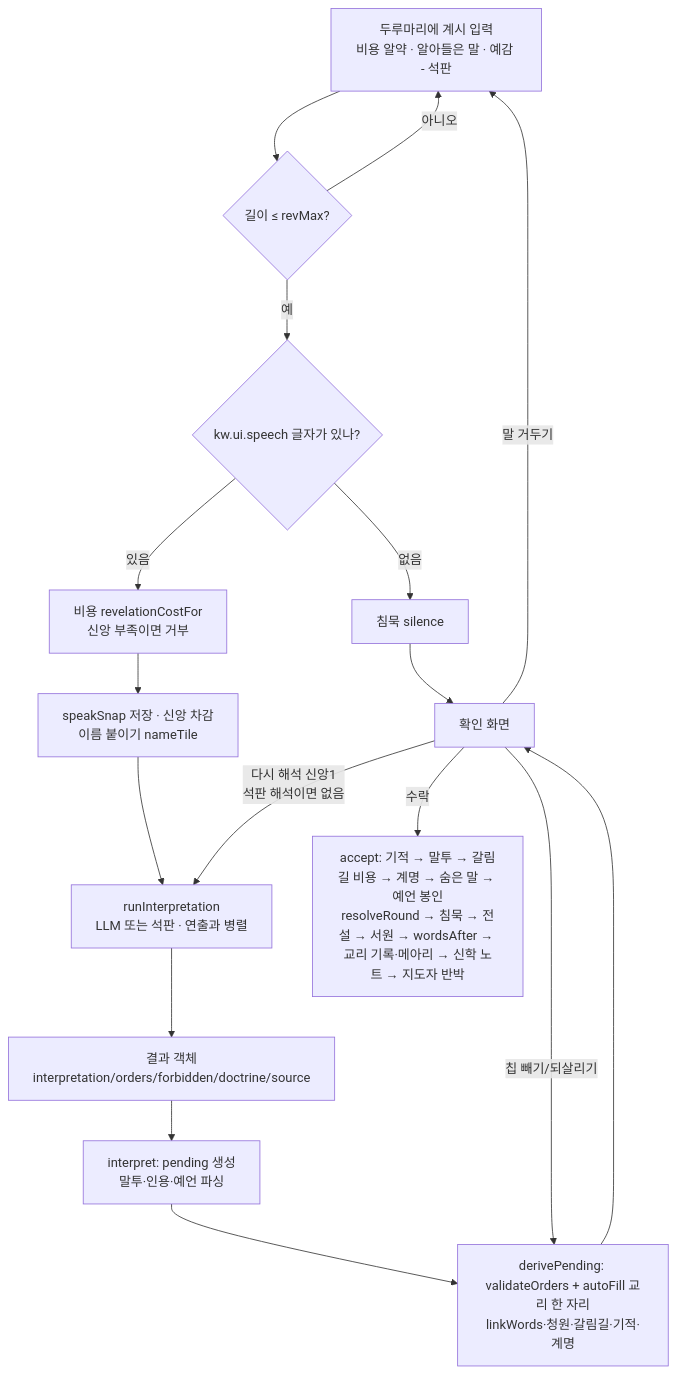
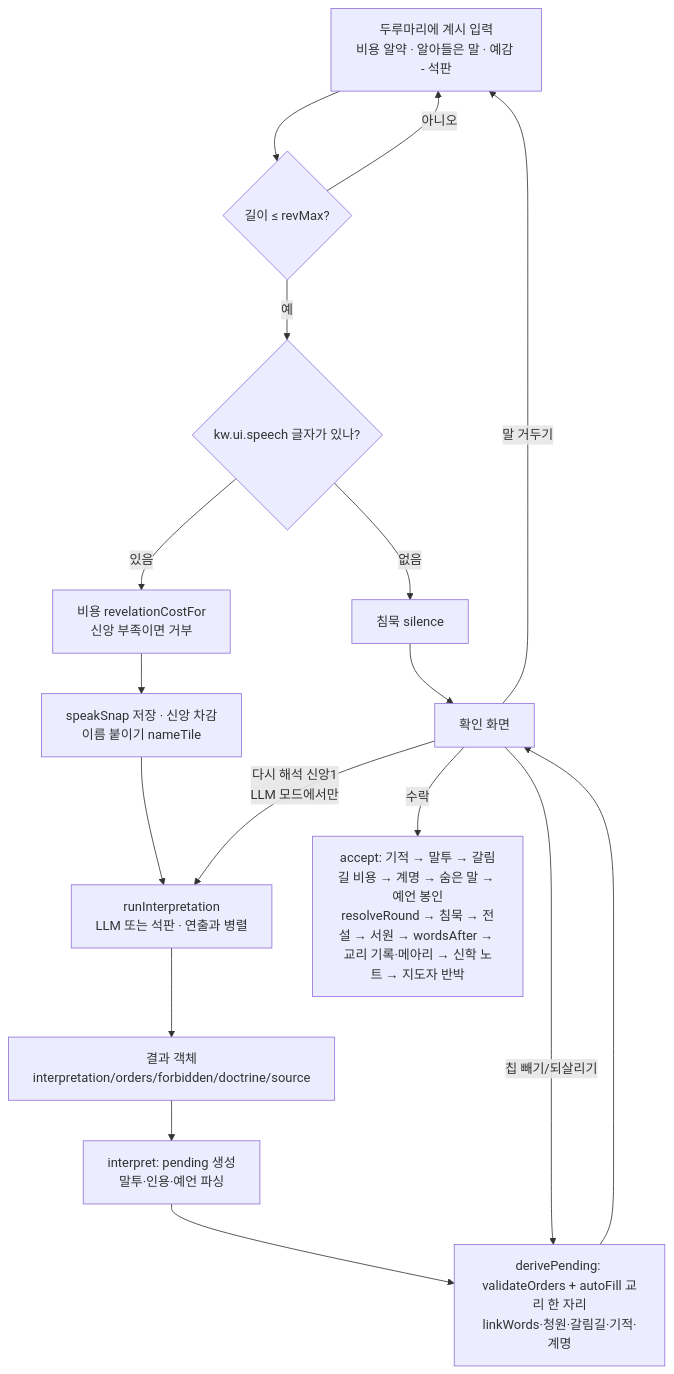
The diagram in docs/spec/05-interpreter.md (wisebear-KOR/GSG_Project), drawn with Mermaid before and after one commit. The commit also changed other lines of this file and 11 other files, not shown here.

````diff
--- a/docs/spec/05-interpreter.md
+++ b/docs/spec/05-interpreter.md
@@ -28,19 +28,19 @@
 ```mermaid
 flowchart TD
   A[두루마리에 계시 입력<br/>비용 알약 · 알아들은 말 · 예감 - 석판] --> B{길이 ≤ revMax?}
   B -- 아니오 --> A
   B -- 예 --> C{kw.ui.speech 글자가 있나?}
   C -- 없음 --> S[침묵 silence]
   C -- 있음 --> D[비용 revelationCostFor<br/>신앙 부족이면 거부]
   D --> E[speakSnap 저장 · 신앙 차감<br/>이름 붙이기 nameTile]
   E --> F[runInterpretation<br/>LLM 또는 석판 · 연출과 병렬]
   F --> G[결과 객체<br/>interpretation/orders/forbidden/doctrine/source]
   G --> H[interpret: pending 생성<br/>말투·인용·예언 파싱]
   H --> I[derivePending: validateOrders + autoFill 교리 한 자리<br/>linkWords·청원·갈림길·기적·계명]
   I --> J[확인 화면]
   J -- 칩 빼기/되살리기 --> I
-  J -- 다시 해석 신앙1<br/>석판 해석이면 없음 --> F
+  J -- 다시 해석 신앙1<br/>LLM 모드에서만 --> F
   J -- 말 거두기 --> A
   J -- 수락 --> K[accept: 기적 → 말투 → 갈림길 비용 → 계명 → 숨은 말 → 예언 봉인<br/>resolveRound → 침묵 → 전설 → 서원 → wordsAfter → 교리 기록·메아리 → 신학 노트 → 지도자 반박]
   S --> J
 ```
````
